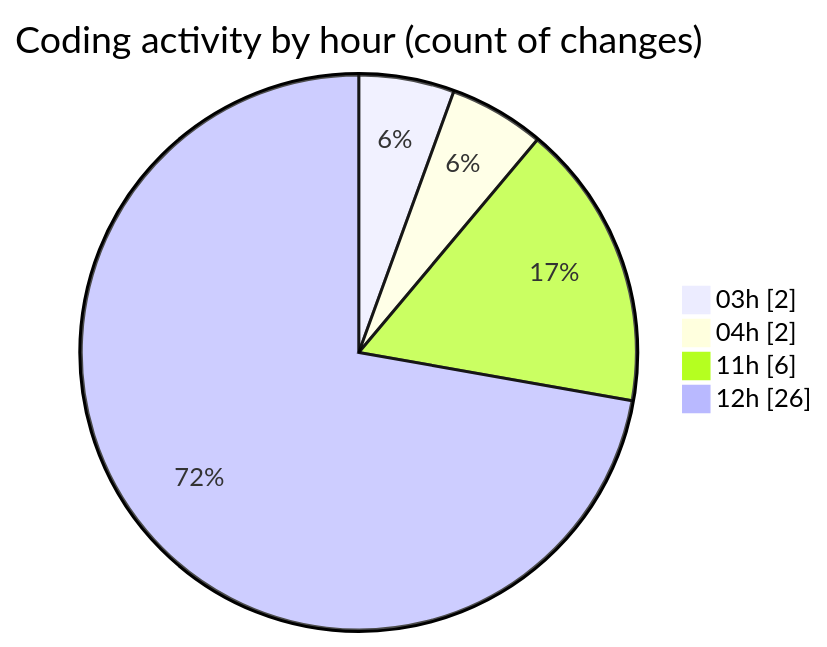
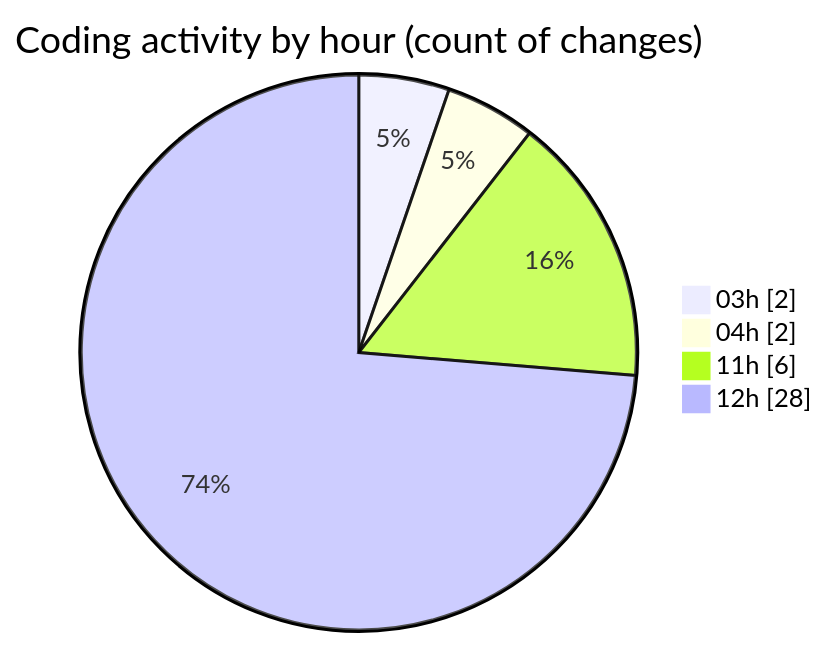
Before and after one commit to FelipKnott/code-tracking: the second of 2 diagrams in 2025-07-04/cursor/README.md, drawn with Mermaid. The commit also changed other lines of this file and 1 other file, not shown here.

````diff
--- a/2025-07-04/cursor/README.md
+++ b/2025-07-04/cursor/README.md
@@ -44,8 +45,8 @@
 ```mermaid
 pie showData
 title Coding activity by hour (count of changes)
 "03h" : 2
 "04h" : 2
 "11h" : 6
-"12h" : 26
+"12h" : 28
 ```
````
